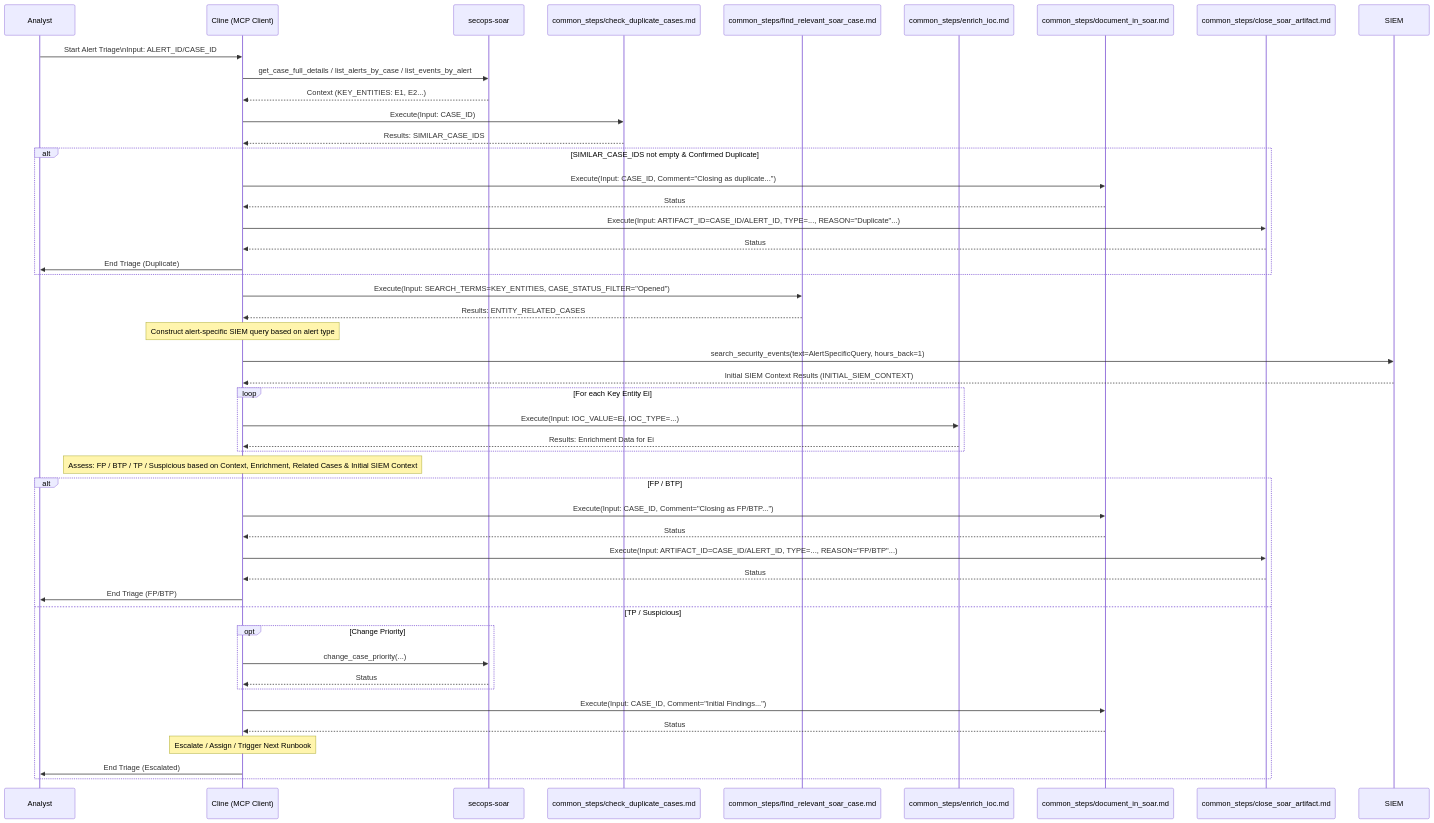
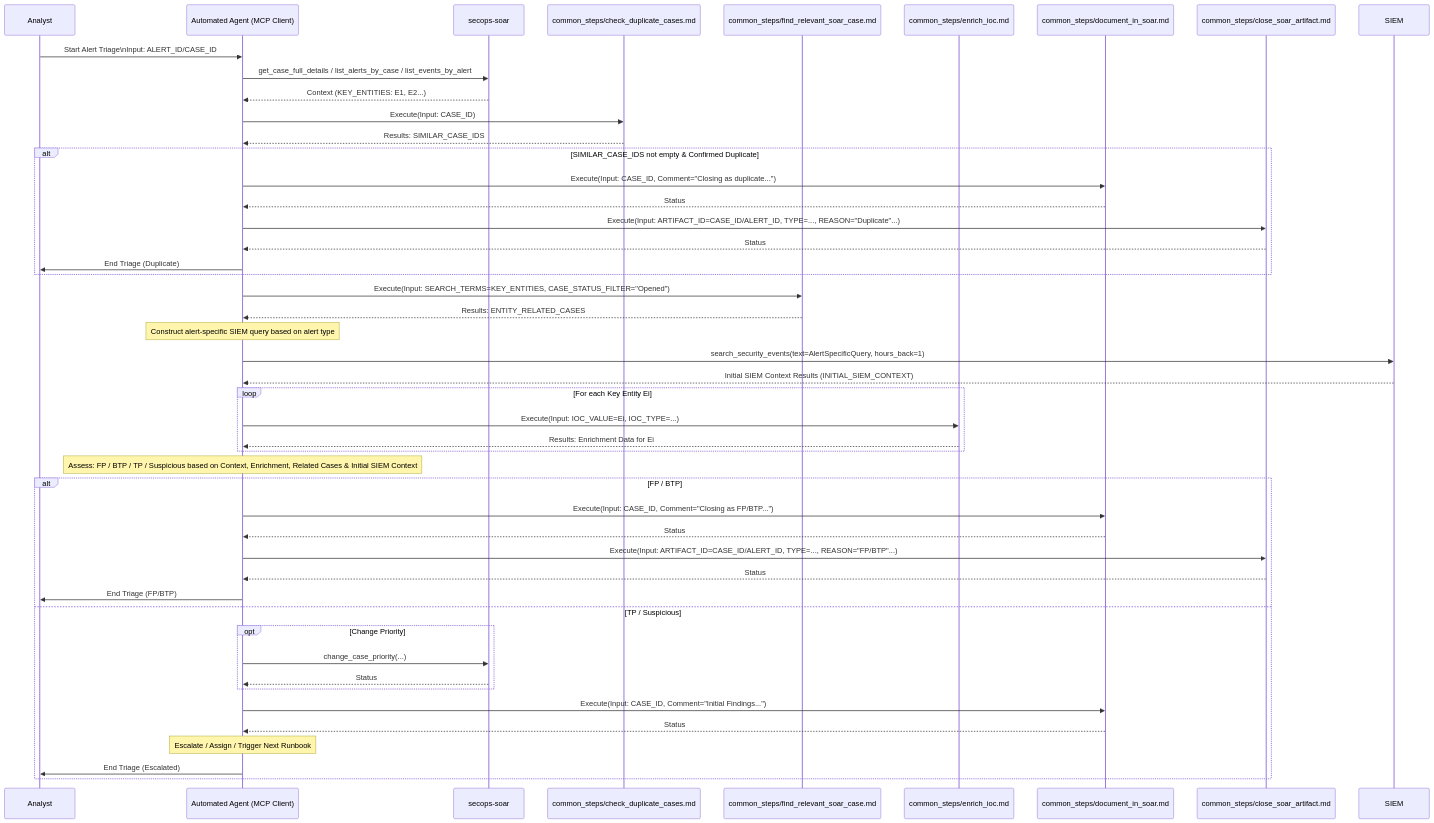
The diagram in rules-bank/run_books/triage_alerts.md (dandye/adk_runbooks), drawn with Mermaid before and after one commit. The commit also changed other lines of this file and 42 other files, not shown here.

````diff
--- a/rules-bank/run_books/triage_alerts.md
+++ b/rules-bank/run_books/triage_alerts.md
@@ -65,66 +65,66 @@
 ```{mermaid}
 sequenceDiagram
     participant Analyst
-    participant Cline as Cline (MCP Client)
+    participant AutomatedAgent as Automated Agent (MCP Client)
     participant SOAR as secops-soar
     participant CheckDuplicates as common_steps/check_duplicate_cases.md
     participant FindCase as common_steps/find_relevant_soar_case.md
     participant EnrichIOC as common_steps/enrich_ioc.md
     participant DocumentInSOAR as common_steps/document_in_soar.md
     participant CloseArtifact as common_steps/close_soar_artifact.md
 
-    Analyst->>Cline: Start Alert Triage\nInput: ALERT_ID/CASE_ID
+    Analyst->>AutomatedAgent: Start Alert Triage\nInput: ALERT_ID/CASE_ID
 
     %% Step 2: Gather Initial Context
-    Cline->>SOAR: get_case_full_details / list_alerts_by_case / list_events_by_alert
-    SOAR-->>Cline: Context (KEY_ENTITIES: E1, E2...)
+    AutomatedAgent->>SOAR: get_case_full_details / list_alerts_by_case / list_events_by_alert
+    SOAR-->>AutomatedAgent: Context (KEY_ENTITIES: E1, E2...)
 
     %% Step 3: Check for Duplicates
-    Cline->>CheckDuplicates: Execute(Input: CASE_ID)
-    CheckDuplicates-->>Cline: Results: SIMILAR_CASE_IDS
+    AutomatedAgent->>CheckDuplicates: Execute(Input: CASE_ID)
+    CheckDuplicates-->>AutomatedAgent: Results: SIMILAR_CASE_IDS
 
     %% Step 4: Handle Duplicates
     alt SIMILAR_CASE_IDS not empty & Confirmed Duplicate
-        Cline->>DocumentInSOAR: Execute(Input: CASE_ID, Comment="Closing as duplicate...")
-        DocumentInSOAR-->>Cline: Status
-        Cline->>CloseArtifact: Execute(Input: ARTIFACT_ID=CASE_ID/ALERT_ID, TYPE=..., REASON="Duplicate"...)
-        CloseArtifact-->>Cline: Status
-        Cline->>Analyst: End Triage (Duplicate)
+        AutomatedAgent->>DocumentInSOAR: Execute(Input: CASE_ID, Comment="Closing as duplicate...")
+        DocumentInSOAR-->>AutomatedAgent: Status
+        AutomatedAgent->>CloseArtifact: Execute(Input: ARTIFACT_ID=CASE_ID/ALERT_ID, TYPE=..., REASON="Duplicate"...)
+        CloseArtifact-->>AutomatedAgent: Status
+        AutomatedAgent->>Analyst: End Triage (Duplicate)
     end
 
     %% Step 5: Find Entity-Related Cases
-    Cline->>FindCase: Execute(Input: SEARCH_TERMS=KEY_ENTITIES, CASE_STATUS_FILTER="Opened")
-    FindCase-->>Cline: Results: ENTITY_RELATED_CASES
+    AutomatedAgent->>FindCase: Execute(Input: SEARCH_TERMS=KEY_ENTITIES, CASE_STATUS_FILTER="Opened")
+    FindCase-->>AutomatedAgent: Results: ENTITY_RELATED_CASES
 
     %% Step 6: Alert-Specific SIEM Search
-    Note over Cline: Construct alert-specific SIEM query based on alert type
-    Cline->>SIEM: search_security_events(text=AlertSpecificQuery, hours_back=1)
-    SIEM-->>Cline: Initial SIEM Context Results (INITIAL_SIEM_CONTEXT)
+    Note over AutomatedAgent: Construct alert-specific SIEM query based on alert type
+    AutomatedAgent->>SIEM: search_security_events(text=AlertSpecificQuery, hours_back=1)
+    SIEM-->>AutomatedAgent: Initial SIEM Context Results (INITIAL_SIEM_CONTEXT)
 
     %% Step 7: Basic Enrichment
     loop For each Key Entity Ei
-        Cline->>EnrichIOC: Execute(Input: IOC_VALUE=Ei, IOC_TYPE=...)
-        EnrichIOC-->>Cline: Results: Enrichment Data for Ei
+        AutomatedAgent->>EnrichIOC: Execute(Input: IOC_VALUE=Ei, IOC_TYPE=...)
+        EnrichIOC-->>AutomatedAgent: Results: Enrichment Data for Ei
     end
 
     %% Step 8: Initial Assessment
-    Note over Cline: Assess: FP / BTP / TP / Suspicious based on Context, Enrichment, Related Cases & Initial SIEM Context
+    Note over AutomatedAgent: Assess: FP / BTP / TP / Suspicious based on Context, Enrichment, Related Cases & Initial SIEM Context
 
     %% Step 9: Action Based on Assessment
     alt FP / BTP
-        Cline->>DocumentInSOAR: Execute(Input: CASE_ID, Comment="Closing as FP/BTP...")
-        DocumentInSOAR-->>Cline: Status
-        Cline->>CloseArtifact: Execute(Input: ARTIFACT_ID=CASE_ID/ALERT_ID, TYPE=..., REASON="FP/BTP"...)
-        CloseArtifact-->>Cline: Status
-        Cline->>Analyst: End Triage (FP/BTP)
+        AutomatedAgent->>DocumentInSOAR: Execute(Input: CASE_ID, Comment="Closing as FP/BTP...")
+        DocumentInSOAR-->>AutomatedAgent: Status
+        AutomatedAgent->>CloseArtifact: Execute(Input: ARTIFACT_ID=CASE_ID/ALERT_ID, TYPE=..., REASON="FP/BTP"...)
+        CloseArtifact-->>AutomatedAgent: Status
+        AutomatedAgent->>Analyst: End Triage (FP/BTP)
     else TP / Suspicious
         opt Change Priority
-             Cline->>SOAR: change_case_priority(...)
-             SOAR-->>Cline: Status
+             AutomatedAgent->>SOAR: change_case_priority(...)
+             SOAR-->>AutomatedAgent: Status
         end
-        Cline->>DocumentInSOAR: Execute(Input: CASE_ID, Comment="Initial Findings...")
-        DocumentInSOAR-->>Cline: Status
-        Note over Cline: Escalate / Assign / Trigger Next Runbook
-        Cline->>Analyst: End Triage (Escalated)
+        AutomatedAgent->>DocumentInSOAR: Execute(Input: CASE_ID, Comment="Initial Findings...")
+        DocumentInSOAR-->>AutomatedAgent: Status
+        Note over AutomatedAgent: Escalate / Assign / Trigger Next Runbook
+        AutomatedAgent->>Analyst: End Triage (Escalated)
     end
 ```
````
